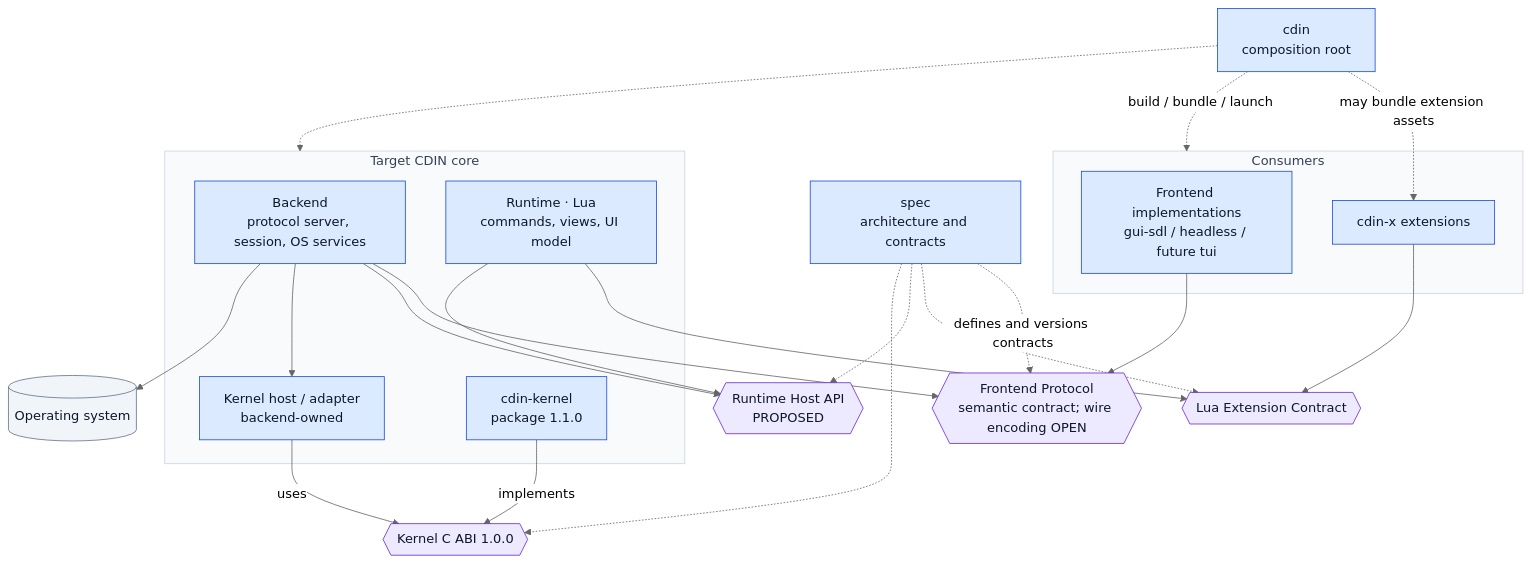
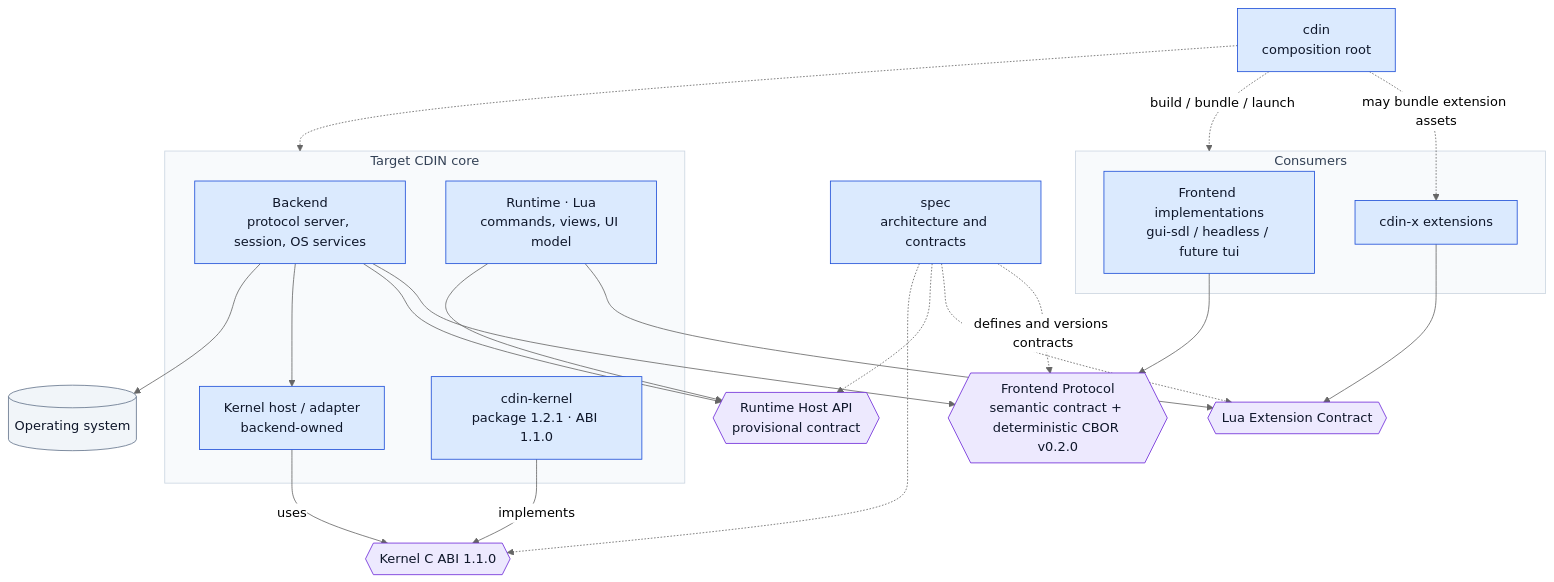
Before and after one commit to cdin-editor/spec: the diagram in docs/architecture/module-boundaries.md, drawn with Mermaid (neutral theme). The commit also changed other lines of this file and 34 other files, not shown here.

````diff
--- a/docs/architecture/module-boundaries.md
+++ b/docs/architecture/module-boundaries.md
@@ -9,51 +9,51 @@
 ```mermaid
 flowchart TB
     ROOT["cdin<br/>composition root"]
     SPEC["spec<br/>architecture and contracts"]
 
     subgraph CONSUMERS["Consumers"]
         FE["Frontend implementations<br/>gui-sdl / headless / future tui"]
         X["cdin-x extensions"]
     end
 
-    FP{{"Frontend Protocol<br/>semantic contract; wire encoding OPEN"}}
+    FP{{"Frontend Protocol<br/>semantic contract + deterministic CBOR v0.2.0"}}
     EXT{{"Lua Extension Contract"}}
-    RHA{{"Runtime Host API<br/>PROPOSED"}}
-    ABI{{"Kernel C ABI 1.0.0"}}
+    RHA{{"Runtime Host API<br/>provisional contract"}}
+    ABI{{"Kernel C ABI 1.1.0"}}
 
     subgraph CORE["Target CDIN core"]
         BE["Backend<br/>protocol server, session, OS services"]
         RT["Runtime · Lua<br/>commands, views, UI model"]
         KH["Kernel host / adapter<br/>backend-owned"]
-        K["cdin-kernel<br/>package 1.1.0"]
+        K["cdin-kernel<br/>package 1.2.1 · ABI 1.1.0"]
     end
     OS[("Operating system")]
 
     FE --> FP
     BE --> FP
     X --> EXT
     RT --> EXT
     RT --> RHA
     BE --> RHA
     BE --> KH
     KH -- "uses" --> ABI
     K -- "implements" --> ABI
     BE --> OS
 
     ROOT -. "build / bundle / launch" .-> CONSUMERS
     ROOT -.-> CORE
     ROOT -. "may bundle extension assets" .-> X
     SPEC -. "defines and versions contracts" .-> FP
     SPEC -.-> EXT
     SPEC -.-> RHA
     SPEC -.-> ABI
 
     classDef comp fill:#dbeafe,stroke:#1d4ed8,color:#0f172a
     classDef contract fill:#ede9fe,stroke:#6d28d9,color:#0f172a
     classDef external fill:#f1f5f9,stroke:#64748b,color:#0f172a
     classDef group fill:#f8fafc,stroke:#cbd5e1,color:#334155
     class ROOT,SPEC,FE,X,BE,RT,KH,K comp
     class FP,EXT,RHA,ABI contract
     class OS external
     class CORE,CONSUMERS group
 ```
````
